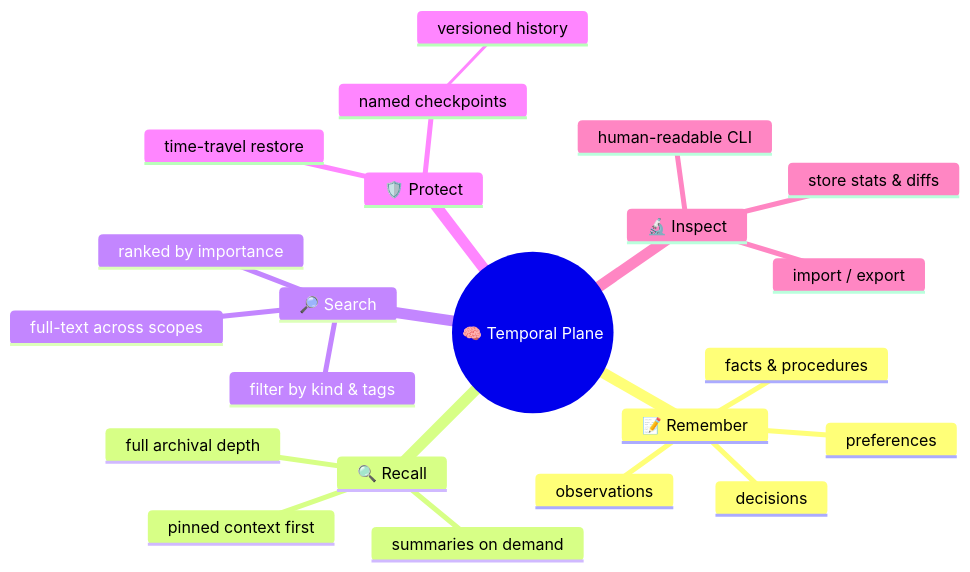
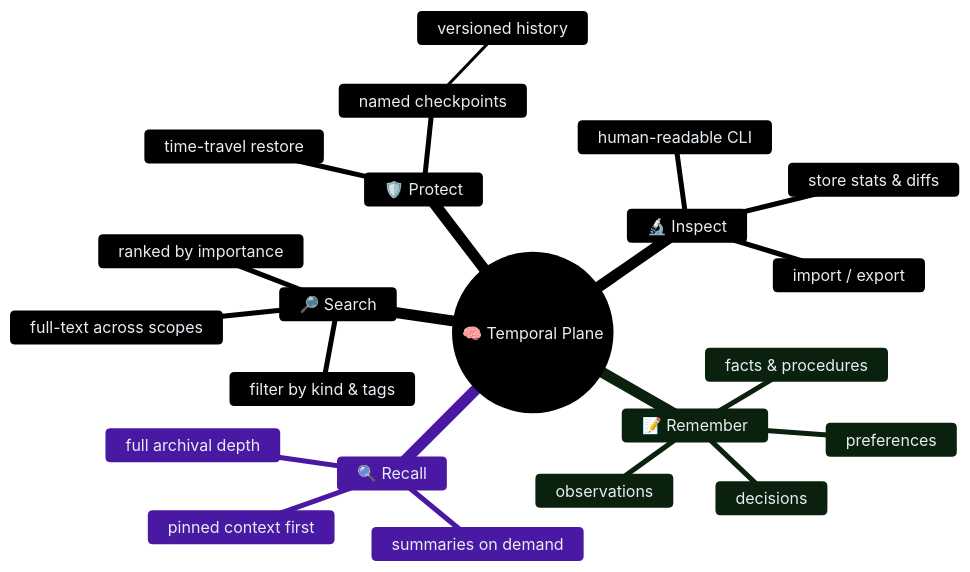
One commit to micahcourey/temporal-plane changed the first of 3 diagrams in README.md. Above: the diagram before and after it, drawn with Mermaid.

Commit message:
Update readme diagram

````diff
--- a/README.md
+++ b/README.md
@@ -5,25 +5,36 @@
 ```mermaid
+%%{init: {
+  "theme": "base",
+  "themeVariables": {
+    "primaryTextColor": "#e6edf3",
+    "primaryColor": "#333336",
+    "primaryBorderColor": "#388bfd",
+    "lineColor": "#8b949e",
+    "secondaryColor": "#238636",
+    "tertiaryColor": "#8957e5"
+  }
+}}%%
 mindmap
   root((🧠 Temporal Plane))
     📝 Remember
       observations
       decisions
       preferences
       facts & procedures
     🔍 Recall
       pinned context first
       summaries on demand
       full archival depth
     🔎 Search
       full-text across scopes
       filter by kind & tags
       ranked by importance
     🛡️ Protect
       named checkpoints
         versioned history
       time-travel restore
     🔬 Inspect
       human-readable CLI
       store stats & diffs
       import / export
 ```
````
